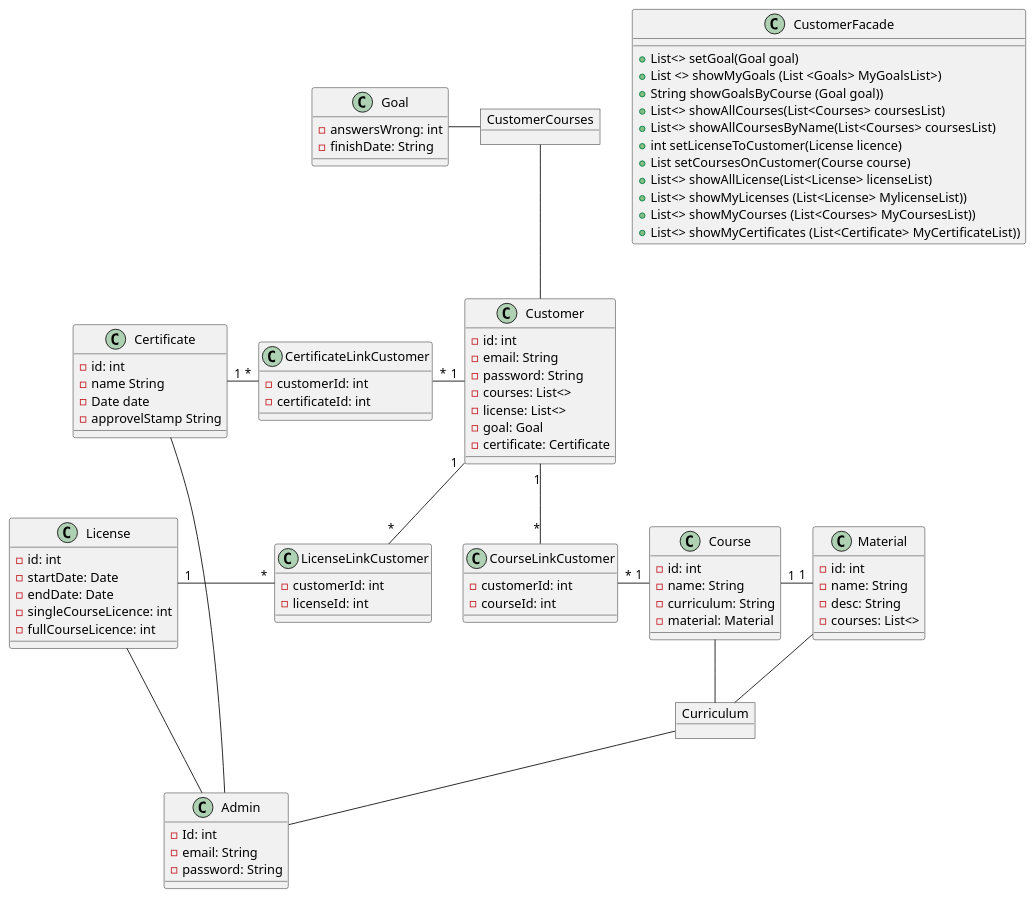
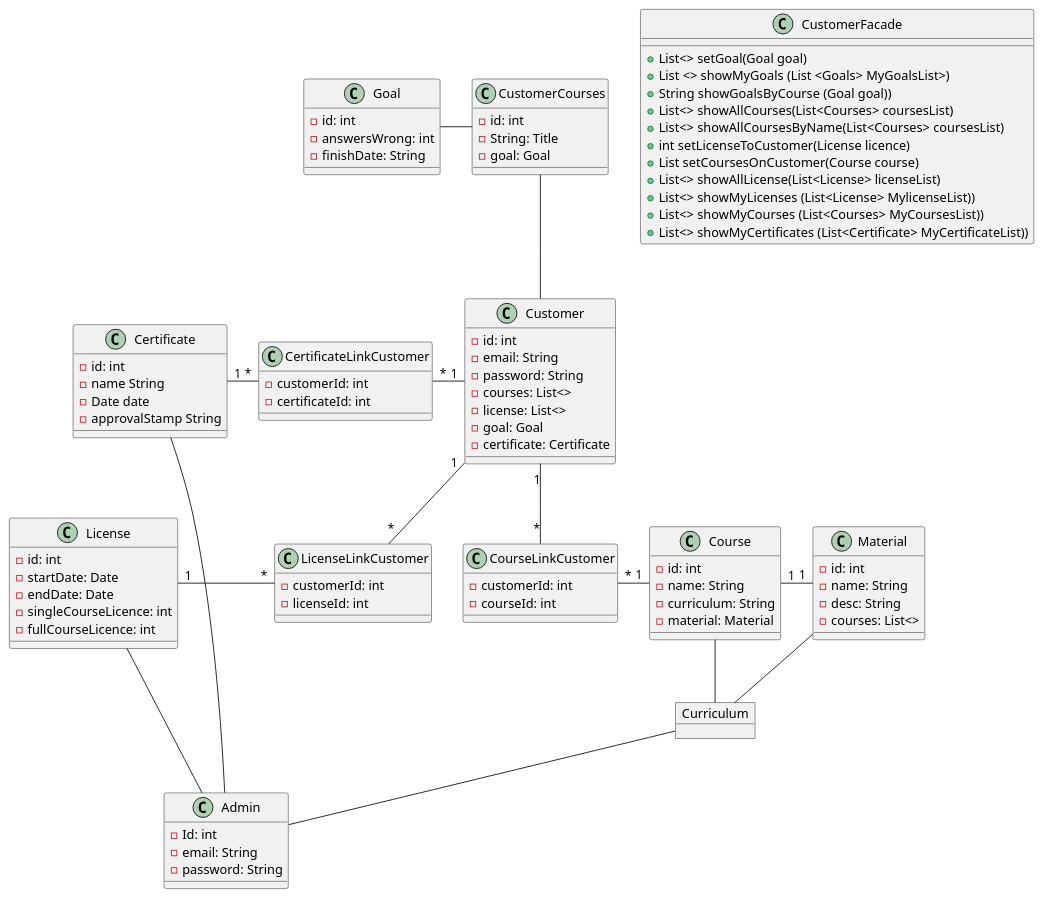
Before and after one commit to wehba-dotcom/SYS-4SEM: the diagram in src/main/java/PlantUML/Class.puml, drawn with PlantUML. The commit also changed 5 other files, not shown here.

```diff
--- a/src/main/java/PlantUML/Class.puml
+++ b/src/main/java/PlantUML/Class.puml
@@ -1,109 +1,112 @@
 @startuml
 
 
 
 object Curriculum
-object CustomerCourses
-
+class CustomerCourses {
+-id: int
+-String: Title
+ -goal: Goal
+ }
 class Admin {
 -Id: int
 -email: String
 -password: String
-
 }
 
 class CourseLinkCustomer {
 -customerId: int
 -courseId: int
 }
 
 class CertificateLinkCustomer {
 -customerId: int
 -certificateId: int
 }
 
 
 class LicenseLinkCustomer {
 -customerId: int
 -licenseId: int
 }
 
 class Certificate{
 -id: int
 -name String
 -Date date
-- approvelStamp String
+- approvalStamp String
 }
 
 class License{
 - id: int
 - startDate: Date
 - endDate: Date
 -singleCourseLicence: int
 -fullCourseLicence: int
 }
 
 class Material{
 -id: int
 -name: String
 -desc: String
 -courses: List<>
 }
 
 class Course{
 -id: int
 -name: String
 -curriculum: String
 -material: Material
 }
 
 class Goal{
+-id: int
 -answersWrong: int
 -finishDate: String
 }
 
 class Customer{
 -id: int
 -email: String
 -password: String
 -courses: List<>
 -license: List<>
 -goal: Goal
 -certificate: Certificate
 
 }
 
 class CustomerFacade{
 + List<> setGoal(Goal goal)
 + List <> showMyGoals (List <Goals> MyGoalsList>)
 + String showGoalsByCourse (Goal goal))
 + List<> showAllCourses(List<Courses> coursesList)
 + List<> showAllCoursesByName(List<Courses> coursesList)
 + int setLicenseToCustomer(License licence)
 + List setCoursesOnCustomer(Course course)
 + List<> showAllLicense(List<License> licenseList)
 + List<> showMyLicenses (List<License> MylicenseList))
 + List<> showMyCourses (List<Courses> MyCoursesList))
 + List<> showMyCertificates (List<Certificate> MyCertificateList))
 }
 
 
 CustomerCourses -down- Customer
 CustomerCourses -left- Goal
 Customer "1" -- "*" LicenseLinkCustomer
 License "1" - "*" LicenseLinkCustomer
 Customer "1" -left- "*" CertificateLinkCustomer
 CertificateLinkCustomer "*" -left- "1" Certificate
 Course "1" -left- "*" CourseLinkCustomer
 Customer "1" -- "*" CourseLinkCustomer
 
 
 
 
 Course "1" -right- "1" Material
 License -right- Admin
 Certificate -right- Admin
 Curriculum -down- Admin
 Material -down- Curriculum
 Course  -down-  Curriculum
 @enduml
```
